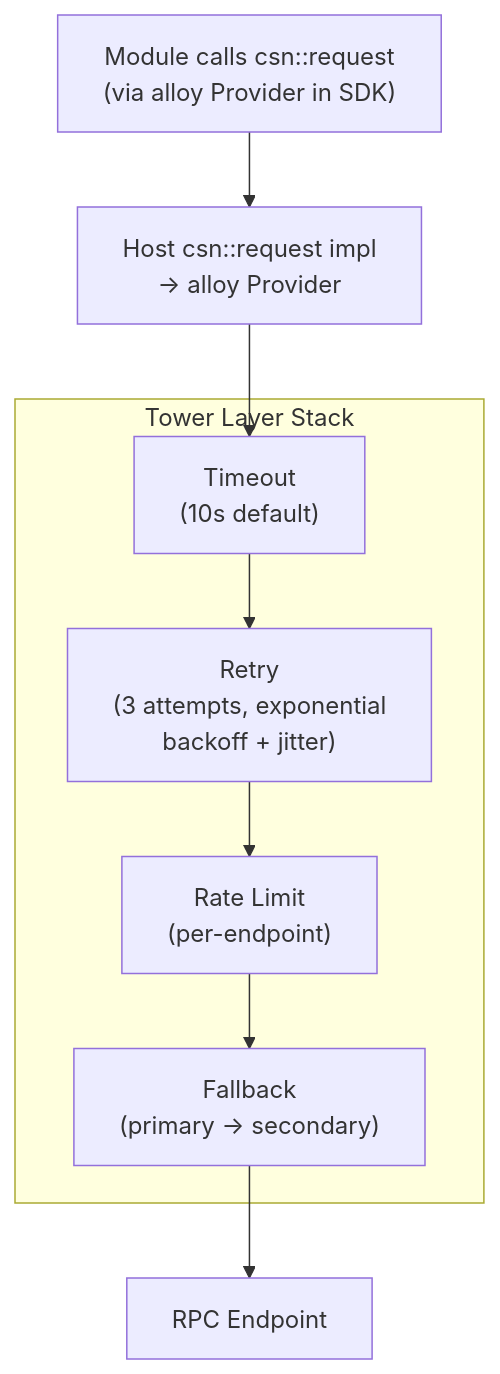
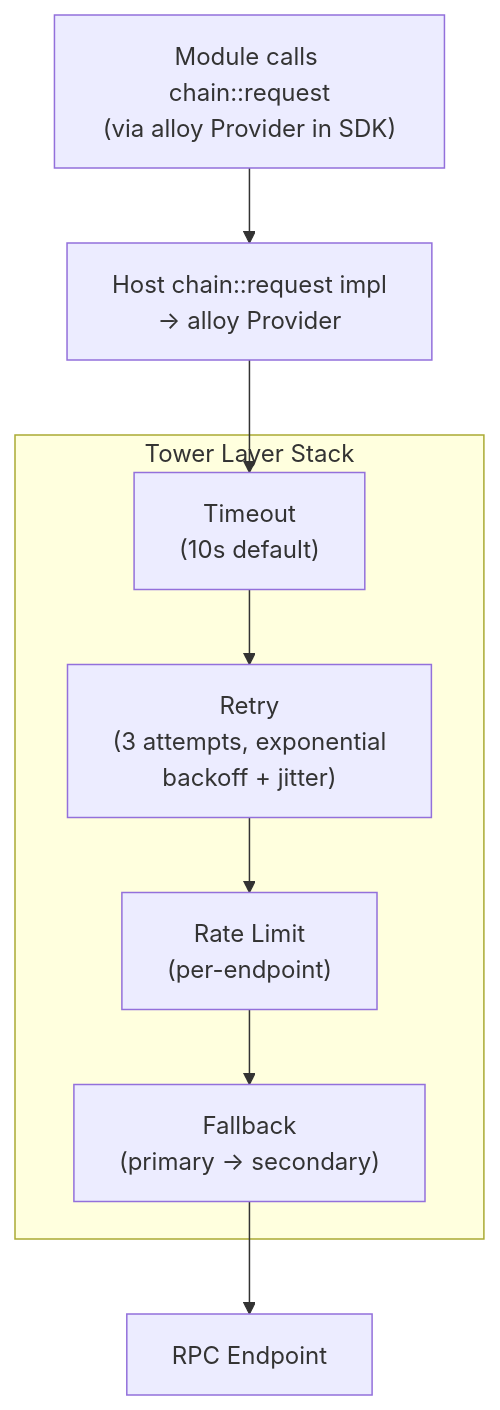
One commit to bleu/nullis-shepherd changed the second of 3 diagrams in docs/06-production-hardening.md. Above: the diagram before and after it, drawn with Mermaid. The commit also changed other lines of this file and 45 other files, not shown here.

````diff
--- a/docs/06-production-hardening.md
+++ b/docs/06-production-hardening.md
@@ -156,16 +156,16 @@
 ```mermaid
 flowchart TD
-    A["Module calls csn::request\n(via alloy Provider in SDK)"] --> B["Host csn::request impl\n-> alloy Provider"]
+    A["Module calls chain::request\n(via alloy Provider in SDK)"] --> B["Host chain::request impl\n-> alloy Provider"]
     B --> C["Timeout\n(10s default)"]
     C --> D["Retry\n(3 attempts, exponential\nbackoff + jitter)"]
     D --> E["Rate Limit\n(per-endpoint)"]
     E --> F["Fallback\n(primary -> secondary)"]
     F --> G["RPC Endpoint"]
 
     subgraph Tower Layer Stack
         C
         D
         E
         F
     end
 ```
````
